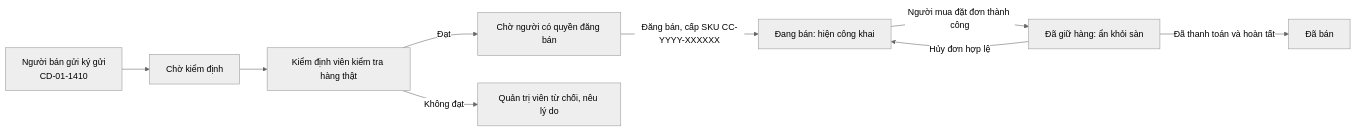
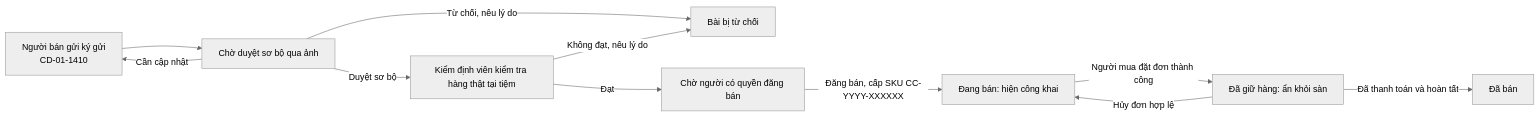
One commit to HoangMinhTrong/CoCoRetrade changed the first of 2 diagrams in README.md. Above: the diagram before and after it, drawn with Mermaid (neutral theme). The commit also changed other lines of this file and 109 other files, not shown here.

````diff
--- a/README.md
+++ b/README.md
@@ -87,11 +98,13 @@
 ```mermaid
 flowchart LR
-    A["Người bán gửi ký gửi<br/>CD-01-1410"] --> B["Chờ kiểm định"]
-    B --> C["Kiểm định viên kiểm tra hàng thật"]
+    A["Người bán gửi ký gửi<br/>CD-01-1410"] --> B["Chờ duyệt sơ bộ qua ảnh"]
+    B -->|Cần cập nhật| A
+    B -->|Từ chối, nêu lý do| E["Bài bị từ chối"]
+    B -->|Duyệt sơ bộ| C["Kiểm định viên kiểm tra hàng thật tại tiệm"]
     C -->|Đạt| D["Chờ người có quyền đăng bán"]
-    C -->|Không đạt| E["Quản trị viên từ chối, nêu lý do"]
+    C -->|Không đạt, nêu lý do| E
     D -->|Đăng bán, cấp SKU CC-YYYY-XXXXXX| F["Đang bán: hiện công khai"]
     F -->|Người mua đặt đơn thành công| G["Đã giữ hàng: ẩn khỏi sàn"]
     G -->|Hủy đơn hợp lệ| F
     G -->|Đã thanh toán và hoàn tất| H["Đã bán"]
 ```
````
